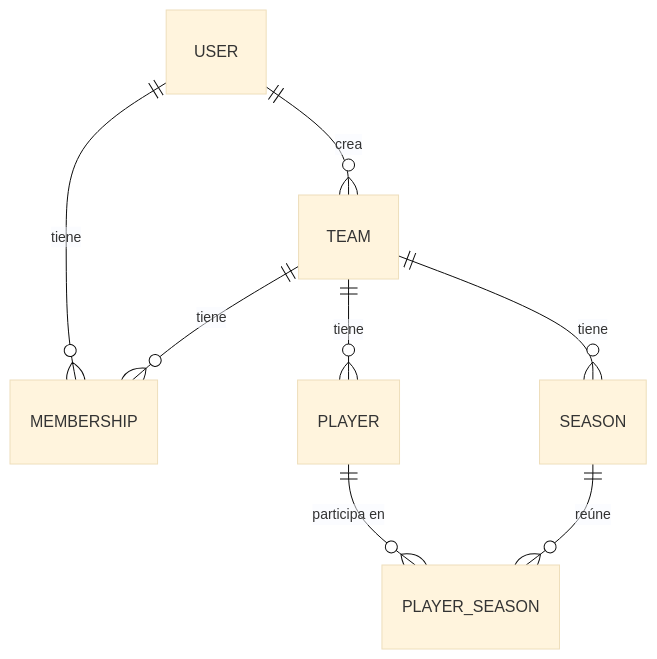
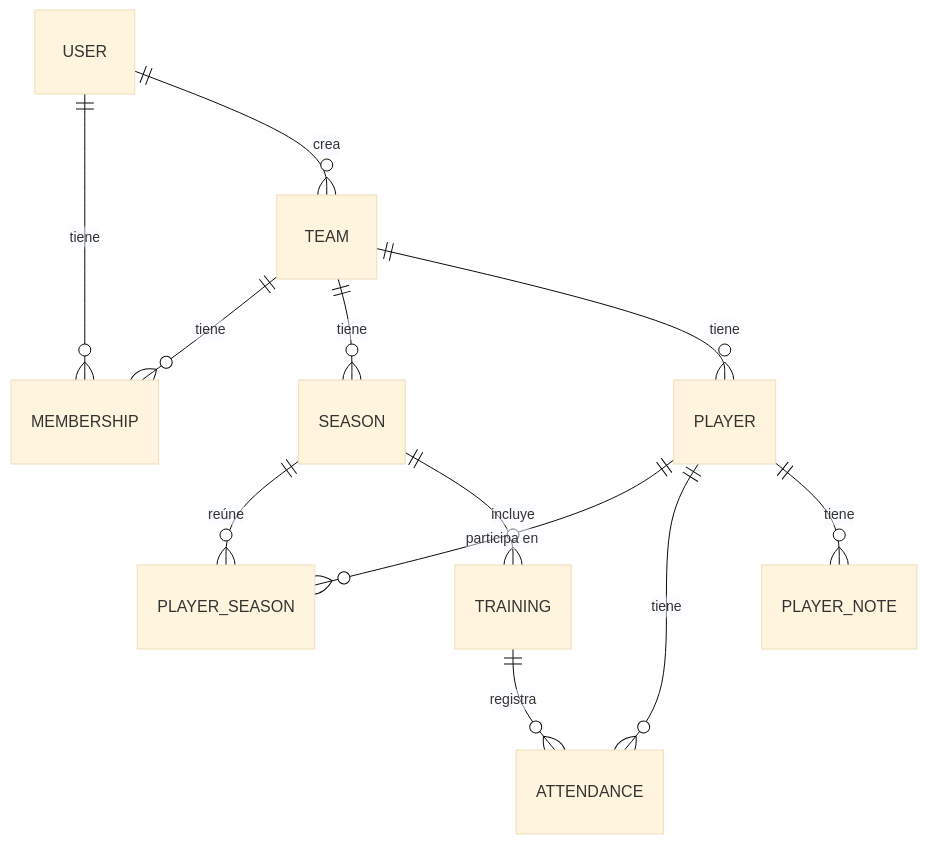
The first of 2 diagrams in docs/modelo-de-datos.md (DavissBlancoDev/GesCoach), drawn with Mermaid (base theme) before and after one commit. The commit also changed other lines of this file and 7 other files, not shown here.

````diff
--- a/docs/modelo-de-datos.md
+++ b/docs/modelo-de-datos.md
@@ -15,10 +15,14 @@
 ```mermaid
 erDiagram
     USER ||--o{ MEMBERSHIP : "tiene"
     TEAM ||--o{ MEMBERSHIP : "tiene"
     USER ||--o{ TEAM : "crea"
     TEAM ||--o{ SEASON : "tiene"
     TEAM ||--o{ PLAYER : "tiene"
     PLAYER ||--o{ PLAYER_SEASON : "participa en"
     SEASON ||--o{ PLAYER_SEASON : "reúne"
+    SEASON ||--o{ TRAINING : "incluye"
+    TRAINING ||--o{ ATTENDANCE : "registra"
+    PLAYER ||--o{ ATTENDANCE : "tiene"
+    PLAYER ||--o{ PLAYER_NOTE : "tiene"
 ```
````
